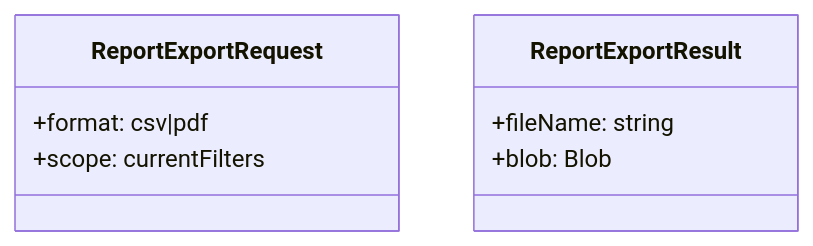
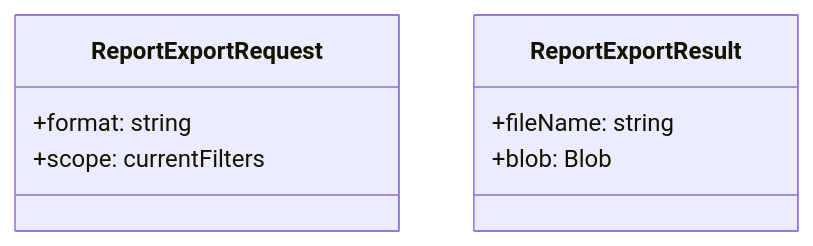
The third of 3 diagrams in .local/features/reports-export-csv-pdf.md (thebenVar/scrummer), drawn with Mermaid before and after one commit. The commit also changed 12 other files, not shown here.

````diff
--- a/.local/features/reports-export-csv-pdf.md
+++ b/.local/features/reports-export-csv-pdf.md
@@ -52,11 +52,11 @@
 ```mermaid
 classDiagram
   class ReportExportRequest {
-    +format: csv|pdf
+    +format: string
     +scope: currentFilters
   }
   class ReportExportResult {
     +fileName: string
     +blob: Blob
   }
 ```
````
